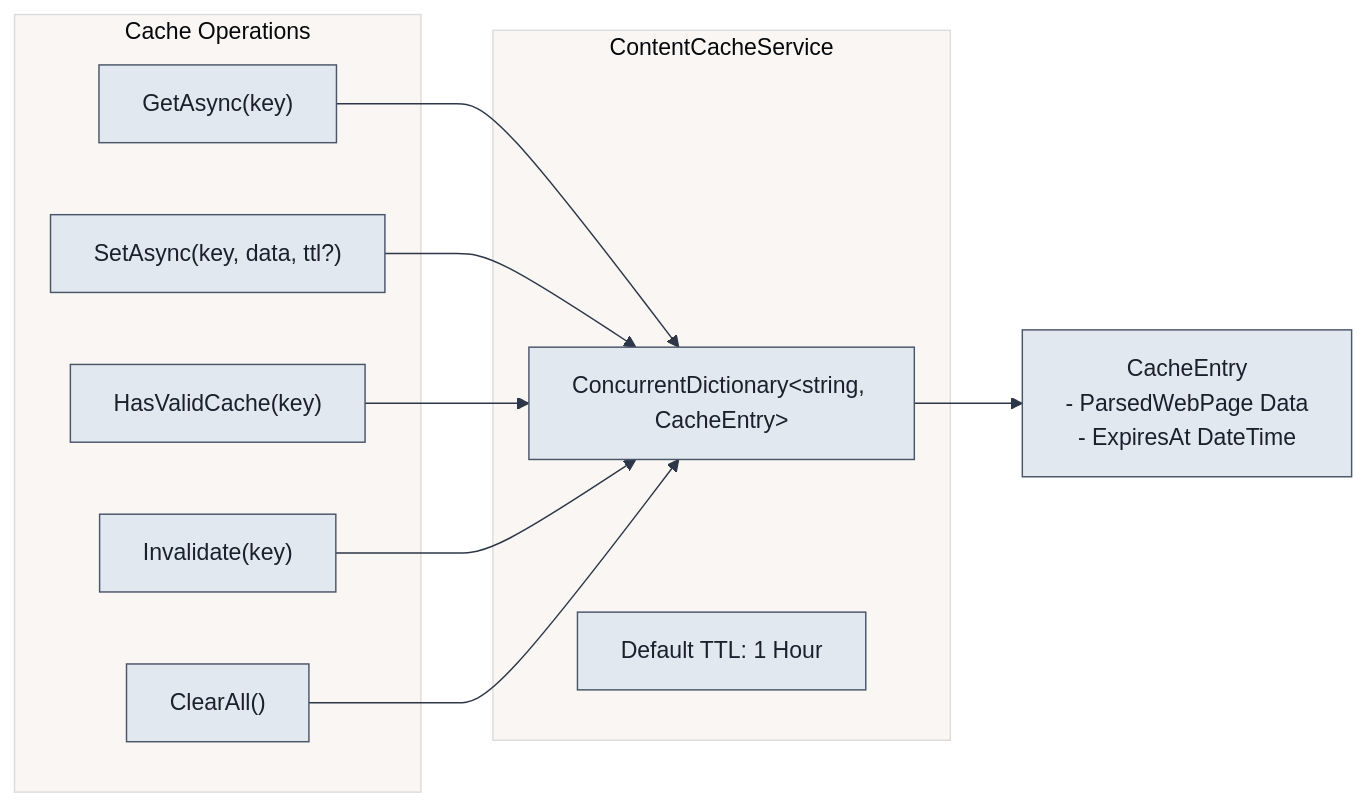
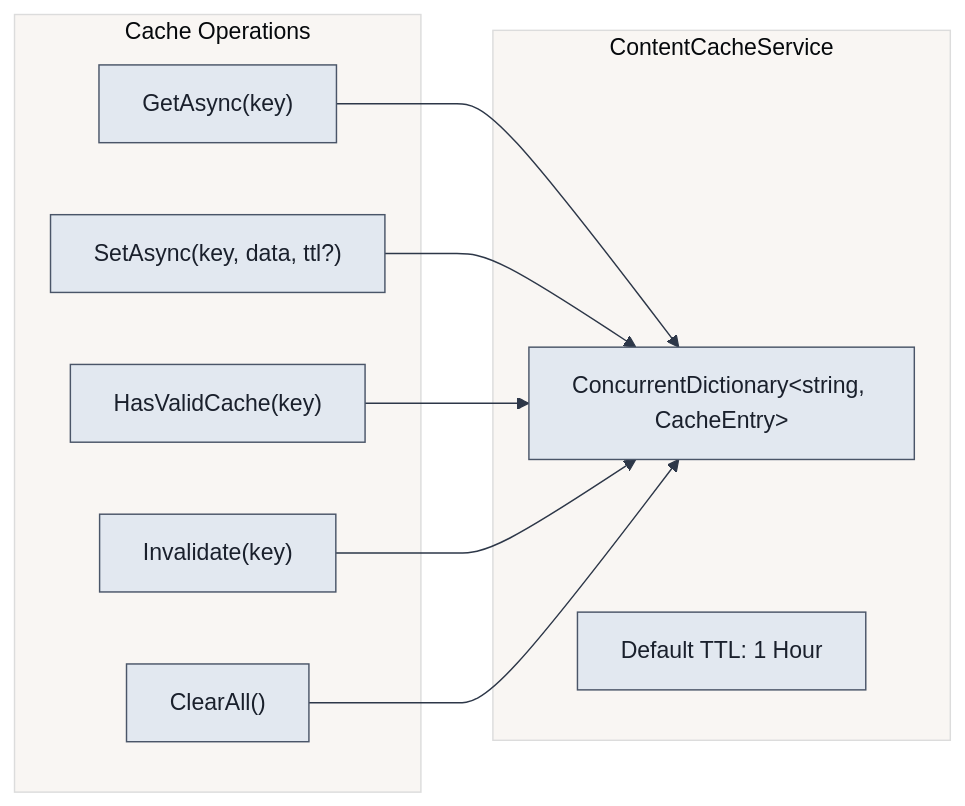
One commit to undead2146/GenHub changed the eighth of 9 diagrams in docs/FlowCharts/Downloads-Flow.md. Above: the diagram before and after it, drawn with Mermaid. The commit also changed other lines of this file and 20 other files, not shown here.

````diff
--- a/docs/FlowCharts/Downloads-Flow.md
+++ b/docs/FlowCharts/Downloads-Flow.md
@@ -569,36 +421,32 @@
 ```mermaid
 %%{init: {
   'theme': 'base',
   'themeVariables': {
     'primaryColor': '#e2e8f0',
     'primaryTextColor': '#1a202c',
     'primaryBorderColor': '#4a5568',
     'lineColor': '#2d3748',
     'background': '#ffffff'
   }
 }}%%
 
 flowchart LR
     subgraph Cache["ContentCacheService"]
         CacheStore["ConcurrentDictionary&lt;string, CacheEntry&gt;"]
         TTL["Default TTL: 1 Hour"]
     end
 
     subgraph Operations["Cache Operations"]
         Get["GetAsync(key)"]
         Set["SetAsync(key, data, ttl?)"]
         Has["HasValidCache(key)"]
         Invalidate["Invalidate(key)"]
         Clear["ClearAll()"]
     end
 
     Get --> CacheStore
     Set --> CacheStore
     Has --> CacheStore
     Invalidate --> CacheStore
     Clear --> CacheStore
-
-    CacheEntry["CacheEntry<br/>- ParsedWebPage Data<br/>- ExpiresAt DateTime"]
-
-    CacheStore --> CacheEntry
 ```
````
